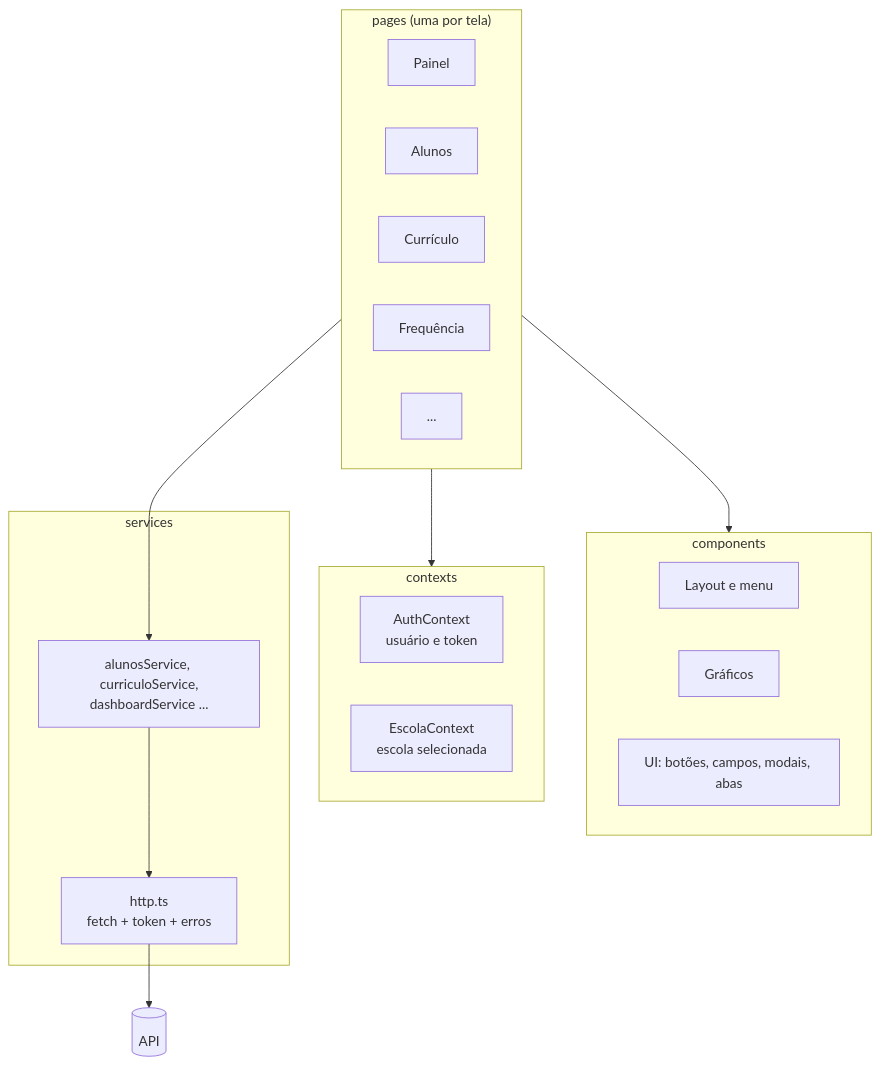
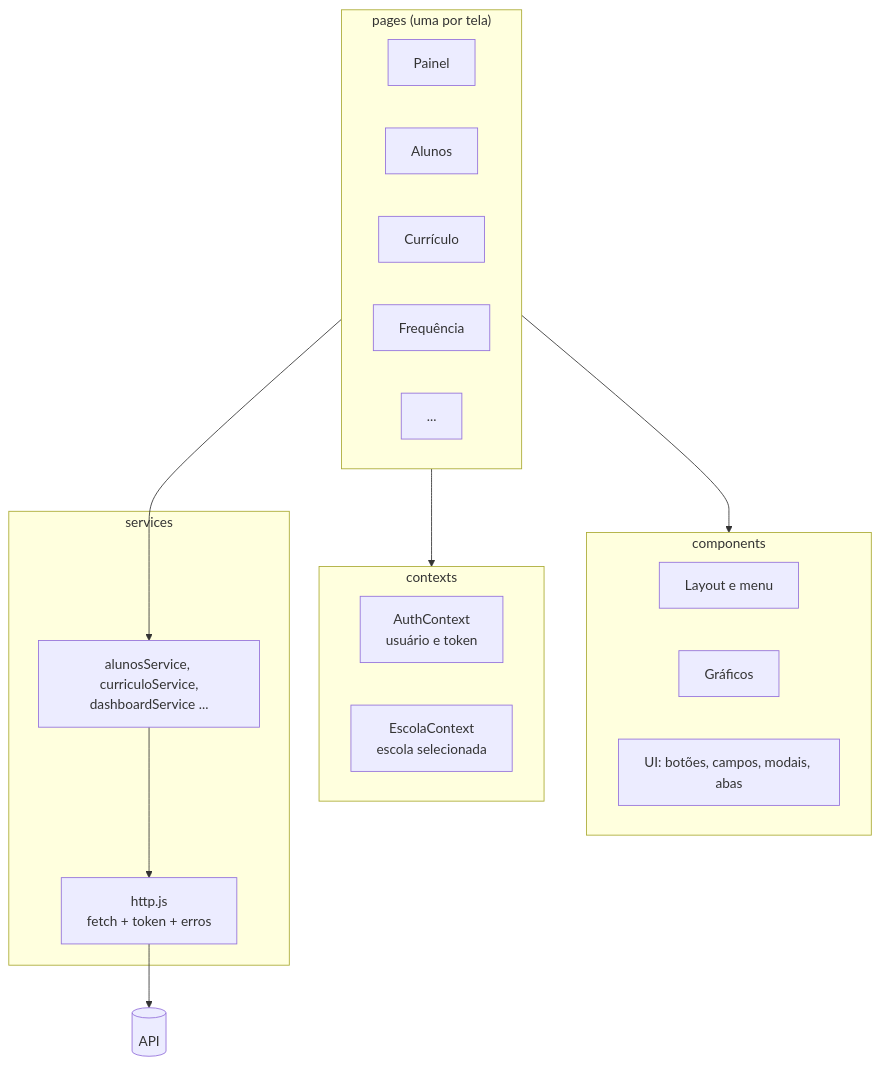
Before and after one commit to manroque/HajimeTech: the second of 7 diagrams in docs/arquitetura.md, drawn with Mermaid. The commit also changed other lines of this file and 18 other files, not shown here.

````diff
--- a/docs/arquitetura.md
+++ b/docs/arquitetura.md
@@ -43,24 +43,24 @@
 ```mermaid
 flowchart TB
     subgraph Telas["pages (uma por tela)"]
         P1[Painel] & P2[Alunos] & P3[Currículo] & P4[Frequência] & P5[...]
     end
     subgraph Componentes["components"]
         C1[Layout e menu] & C2[Gráficos] & C3[UI: botões, campos, modais, abas]
     end
     subgraph Estado["contexts"]
         X1[AuthContext<br/>usuário e token]
         X2[EscolaContext<br/>escola selecionada]
     end
     subgraph Servicos["services"]
         SV[alunosService, curriculoService,<br/>dashboardService ...]
-        H[http.ts<br/>fetch + token + erros]
+        H[http.js<br/>fetch + token + erros]
     end
     API[(API)]
 
     Telas --> Componentes
     Telas --> Estado
     Telas --> SV
     SV --> H
     H --> API
 ```
````
